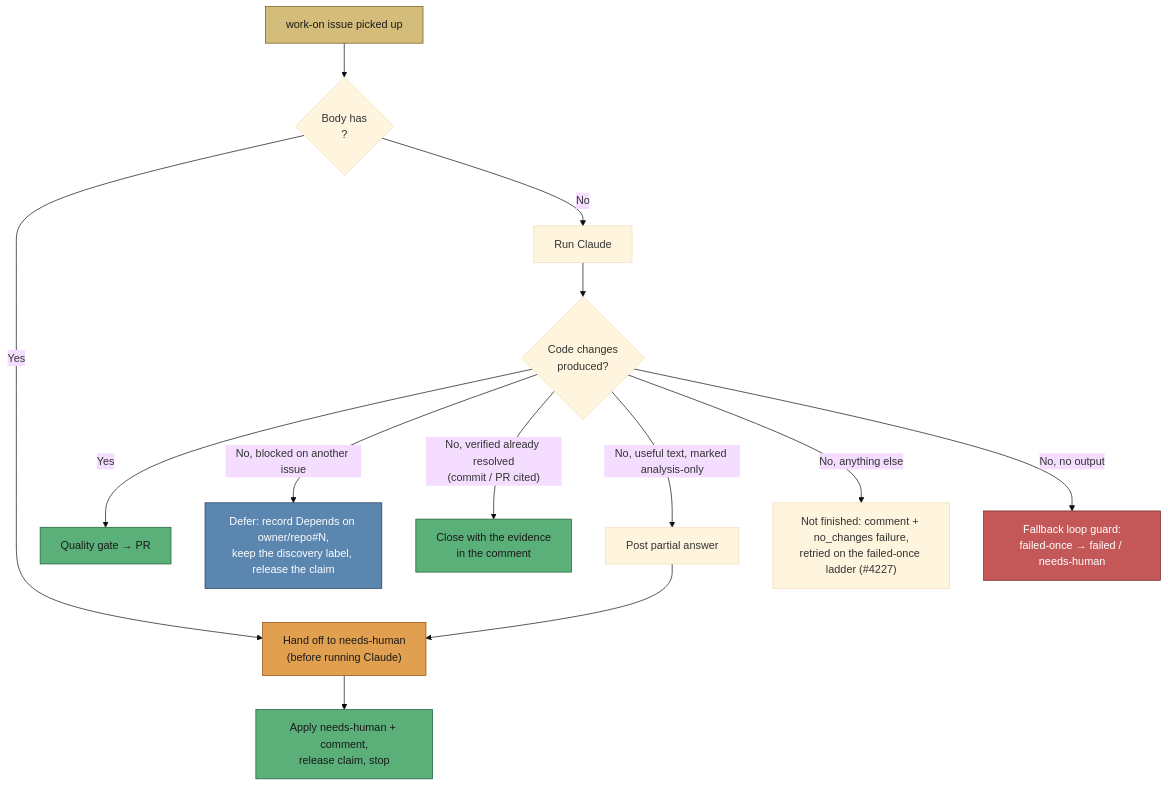
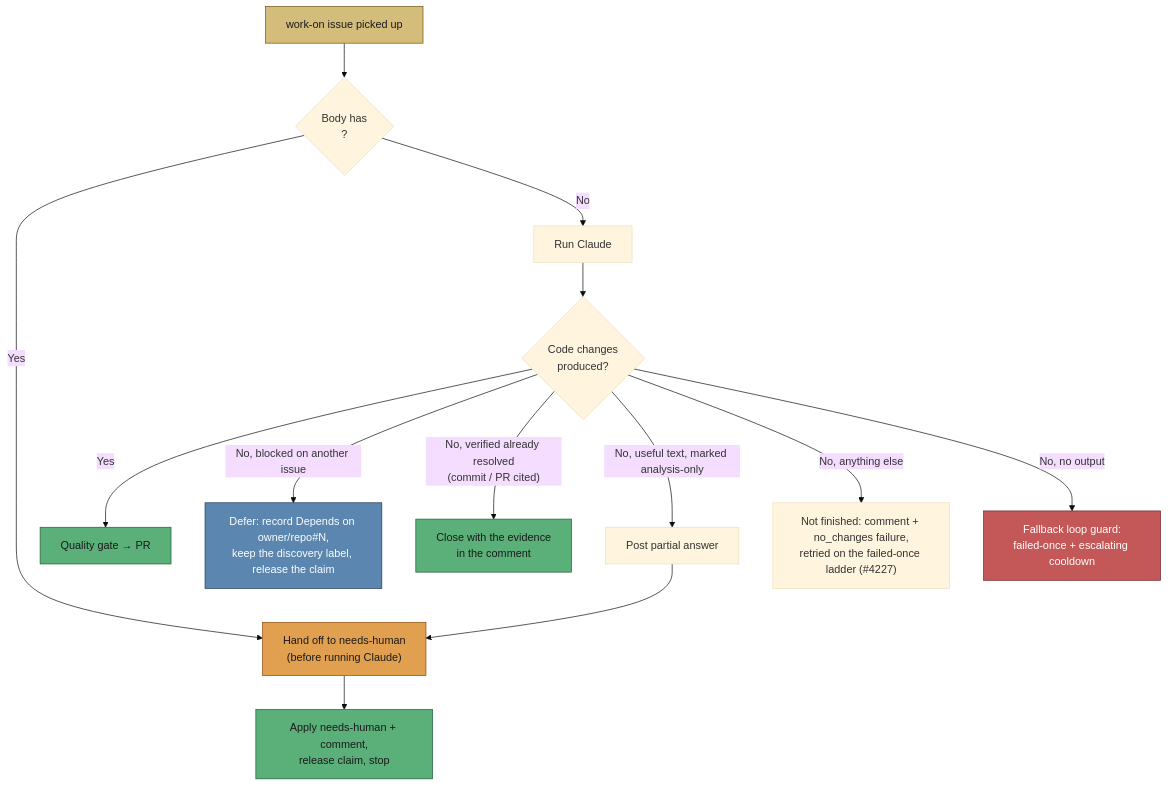
Before and after one commit to stSoftwareAU/VibeCoder: diagram 11 of 25 in docs/workflows/issue-processing.md, drawn with Mermaid (base theme).

Commit message:
Keep the no-output diagram on the actual retry ladder

````diff
--- a/docs/workflows/issue-processing.md
+++ b/docs/workflows/issue-processing.md
@@ -862,21 +862,21 @@
 ```mermaid
 flowchart TD
   Pick["work-on issue picked up"] --> Marker{"Body has<br/><!-- analysis-only --> ?"}
   Marker -->|Yes| HandOff["Hand off to needs-human<br/>(before running Claude)"]
   Marker -->|No| Run["Run Claude"]
   Run --> Changes{"Code changes<br/>produced?"}
   Changes -->|Yes| PR["Quality gate → PR"]
   Changes -->|"No, blocked on another issue"| Defer["Defer: record Depends on owner/repo#N,<br/>keep the discovery label, release the claim"]
   Changes -->|"No, verified already resolved<br/>(commit / PR cited)"| Close["Close with the evidence<br/>in the comment"]
   Changes -->|"No, useful text, marked analysis-only"| Partial["Post partial answer"] --> HandOff
   Changes -->|"No, anything else"| Retry["Not finished: comment + no_changes failure,<br/>retried on the failed-once ladder (#4227)"]
-  Changes -->|"No, no output"| Guard["Fallback loop guard:<br/>failed-once → failed / needs-human"]
+  Changes -->|"No, no output"| Guard["Fallback loop guard:<br/>failed-once + escalating cooldown"]
   HandOff --> Stop["Apply needs-human + comment,<br/>release claim, stop"]
   style Pick fill:#d4bc7a,stroke:#6b5510,color:#1a1a1a
   style HandOff fill:#e0a050,stroke:#8b4500,color:#1a1a1a
   style Stop fill:#5ab078,stroke:#1d5a35,color:#1a1a1a
   style PR fill:#5ab078,stroke:#1d5a35,color:#1a1a1a
   style Guard fill:#c45858,stroke:#6b2020,color:#fff
   style Defer fill:#5a86b0,stroke:#1d3a5a,color:#fff
   style Close fill:#5ab078,stroke:#1d5a35,color:#1a1a1a
 ```
````
